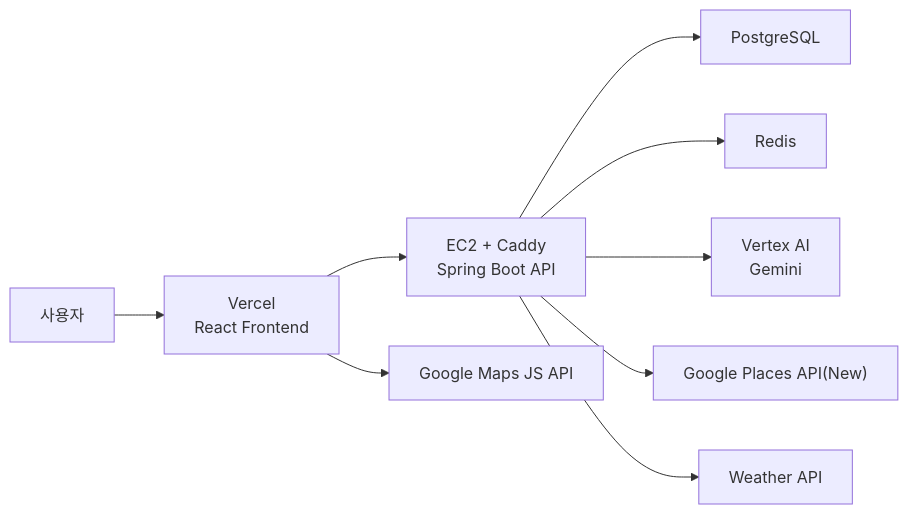
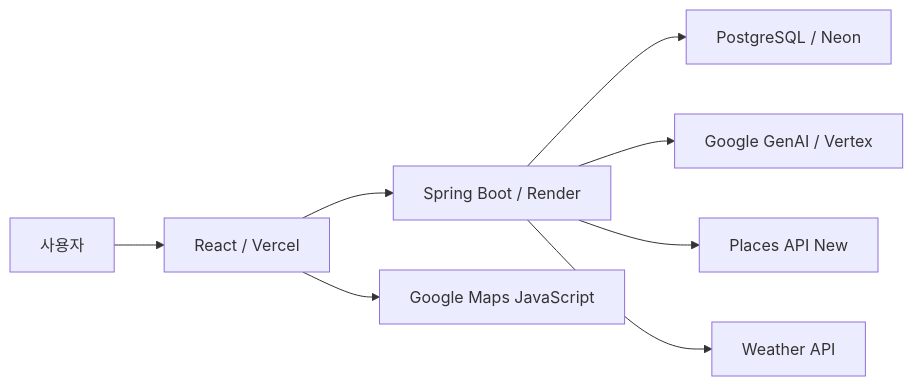
Before and after one commit to KHSBE/KHSBE-AIT: the diagram in README.md, drawn with Mermaid. The commit also changed other lines of this file and 8 other files, not shown here.

````diff
--- a/README.md
+++ b/README.md
@@ -41,11 +35,10 @@
 ```mermaid
 flowchart LR
-    User["사용자"] --> Vercel["Vercel\nReact Frontend"]
-    Vercel --> API["EC2 + Caddy\nSpring Boot API"]
-    API --> DB["PostgreSQL"]
-    API --> Redis["Redis"]
-    API --> Vertex["Vertex AI\nGemini"]
-    API --> Places["Google Places API(New)"]
-    API --> Weather["Weather API"]
-    Vercel --> Maps["Google Maps JS API"]
+    User[사용자] --> Front[React / Vercel]
+    Front --> API[Spring Boot / Render]
+    API --> DB[PostgreSQL / Neon]
+    API --> AI[Google GenAI / Vertex]
+    API --> Places[Places API New]
+    API --> Weather[Weather API]
+    Front --> Maps[Google Maps JavaScript]
 ```
````
